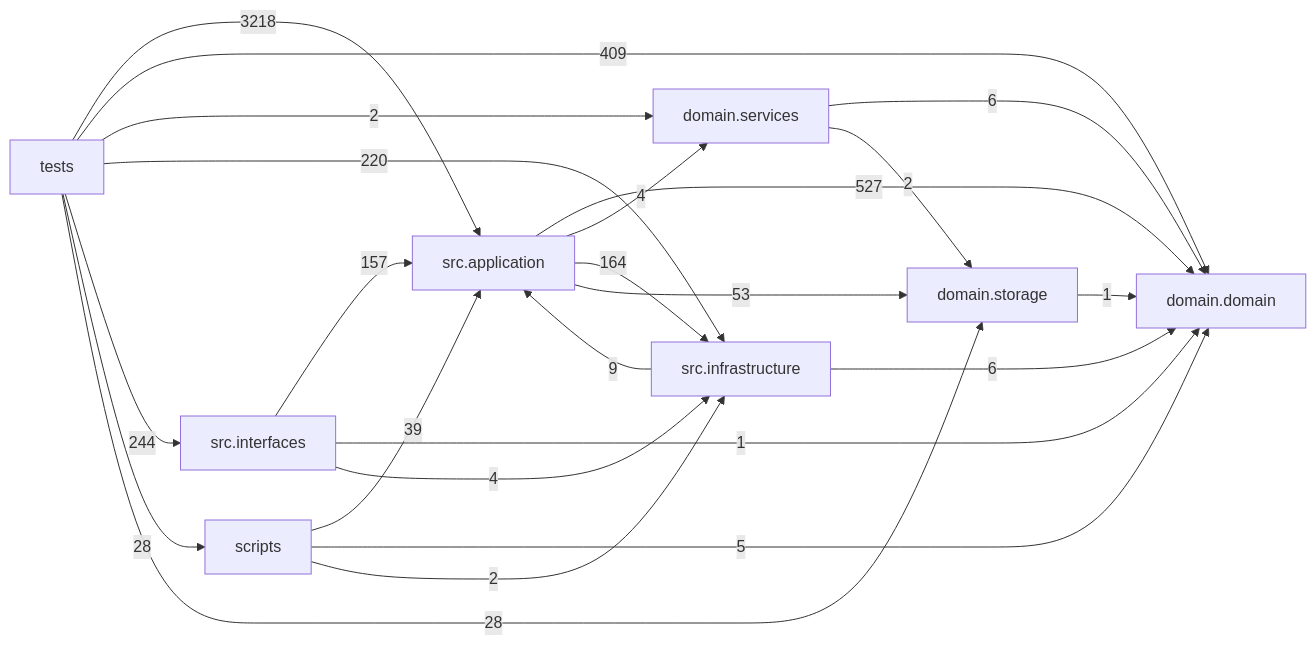
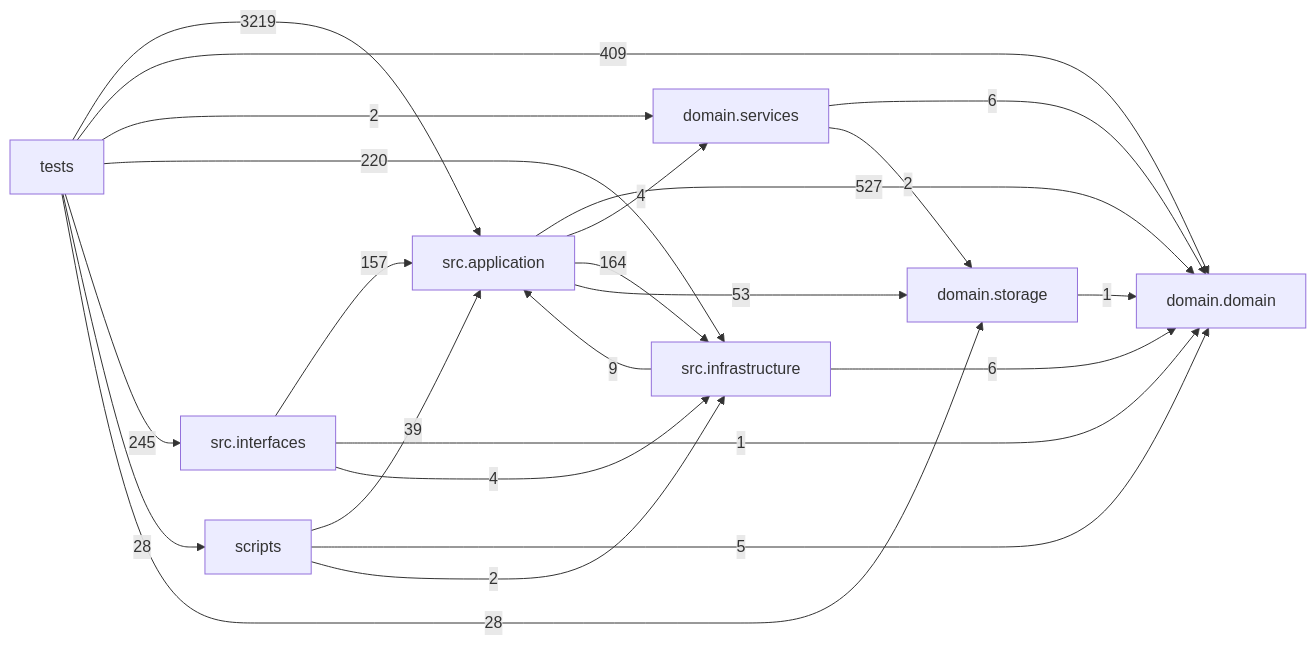
Before and after one commit to liuxie066/options-monitor: the diagram in docs/DEPENDENCY_GRAPH.md, drawn with Mermaid. The commit also changed other lines of this file and 3 other files, not shown here.

````diff
--- a/docs/DEPENDENCY_GRAPH.md
+++ b/docs/DEPENDENCY_GRAPH.md
@@ -24,33 +24,33 @@
 ```mermaid
 flowchart LR
   tests["tests"]
   scripts["scripts"]
   interfaces["src.interfaces"]
   application["src.application"]
   infrastructure["src.infrastructure"]
   domain_services["domain.services"]
   domain["domain.domain"]
   storage["domain.storage"]
   application -->|527| domain
   application -->|4| domain_services
   application -->|164| infrastructure
   application -->|53| storage
   domain_services -->|6| domain
   domain_services -->|2| storage
   infrastructure -->|9| application
   infrastructure -->|6| domain
   interfaces -->|157| application
   interfaces -->|1| domain
   interfaces -->|4| infrastructure
   scripts -->|39| application
   scripts -->|5| domain
   scripts -->|2| infrastructure
   storage -->|1| domain
-  tests -->|3218| application
+  tests -->|3219| application
   tests -->|409| domain
   tests -->|2| domain_services
   tests -->|220| infrastructure
-  tests -->|244| interfaces
+  tests -->|245| interfaces
   tests -->|28| scripts
   tests -->|28| storage
 ```
````
